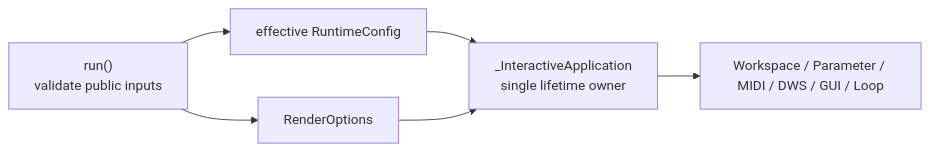
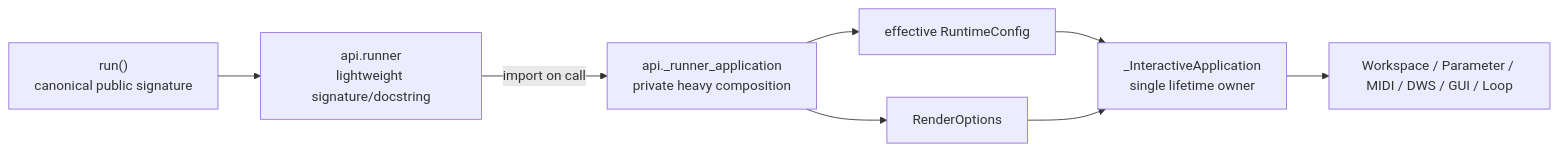
One commit to tyhts0829/graft changed diagram 16 of 25 in docs/architecture_visualization.md. Above: the diagram before and after it, drawn with Mermaid. The commit also changed other lines of this file and 135 other files, not shown here.

````diff
--- a/docs/architecture_visualization.md
+++ b/docs/architecture_visualization.md
@@ -431,14 +473,18 @@
 ```mermaid
 flowchart LR
-    public["run()<br/>validate public inputs"]
+    public["run()<br/>canonical public signature"]
+    wrapper["api.runner<br/>lightweight signature/docstring"]
+    heavy["api._runner_application<br/>private heavy composition"]
     config["effective RuntimeConfig"]
     options["RenderOptions"]
     app["_InteractiveApplication<br/>single lifetime owner"]
     owned["Workspace / Parameter / MIDI / DWS / GUI / Loop"]
 
-    public --> config
-    public --> options
+    public --> wrapper
+    wrapper -->|"import on call"| heavy
+    heavy --> config
+    heavy --> options
     config --> app
     options --> app
     app --> owned
 ```
````
